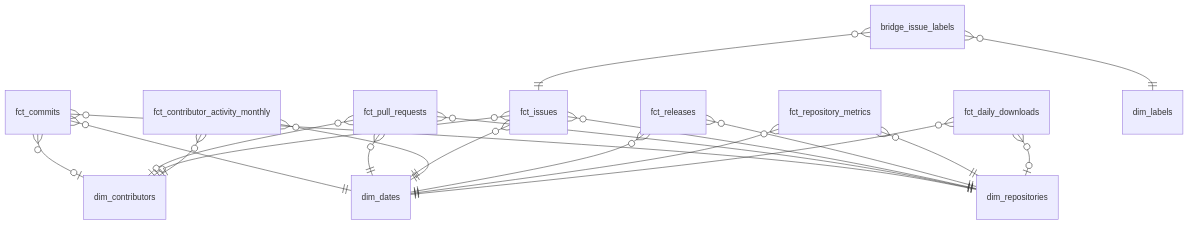
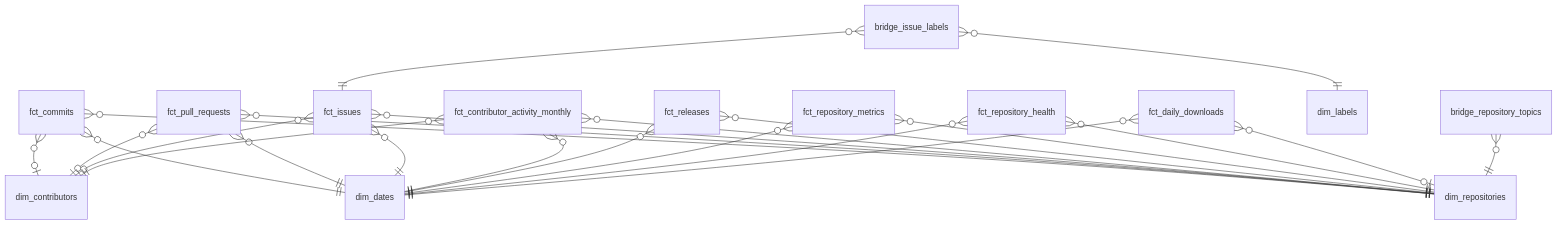
Before and after one commit to Neukz/repolytics: the second of 2 diagrams in README.md, drawn with Mermaid. The commit also changed other lines of this file and 32 other files, not shown here.

````diff
--- a/README.md
+++ b/README.md
@@ -80,29 +82,35 @@
 ```mermaid
 erDiagram
     fct_commits }o--|| dim_repositories : ""
     fct_commits }o--o| dim_contributors : ""
     fct_commits }o--|| dim_dates : ""
 
     fct_pull_requests }o--|| dim_repositories : ""
     fct_pull_requests }o--o| dim_contributors : ""
     fct_pull_requests }o--|| dim_dates : ""
 
     fct_issues }o--|| dim_repositories : ""
     fct_issues }o--o| dim_contributors : ""
     fct_issues }o--|| dim_dates : ""
 
     fct_contributor_activity_monthly }o--|| dim_contributors : ""
+    fct_contributor_activity_monthly }o--|| dim_repositories : ""
     fct_contributor_activity_monthly }o--|| dim_dates : ""
 
     fct_releases }o--|| dim_repositories : ""
     fct_releases }o--|| dim_dates : ""
 
     fct_repository_metrics }o--|| dim_repositories : ""
     fct_repository_metrics }o--|| dim_dates : ""
 
+    fct_repository_health }o--|| dim_repositories : ""
+    fct_repository_health }o--|| dim_dates : ""
+
     fct_daily_downloads }o--o| dim_repositories : ""
     fct_daily_downloads }o--|| dim_dates : ""
 
     bridge_issue_labels }o--|| fct_issues : ""
     bridge_issue_labels }o--|| dim_labels : ""
+
+    bridge_repository_topics }o--|| dim_repositories : ""
 ```
````
